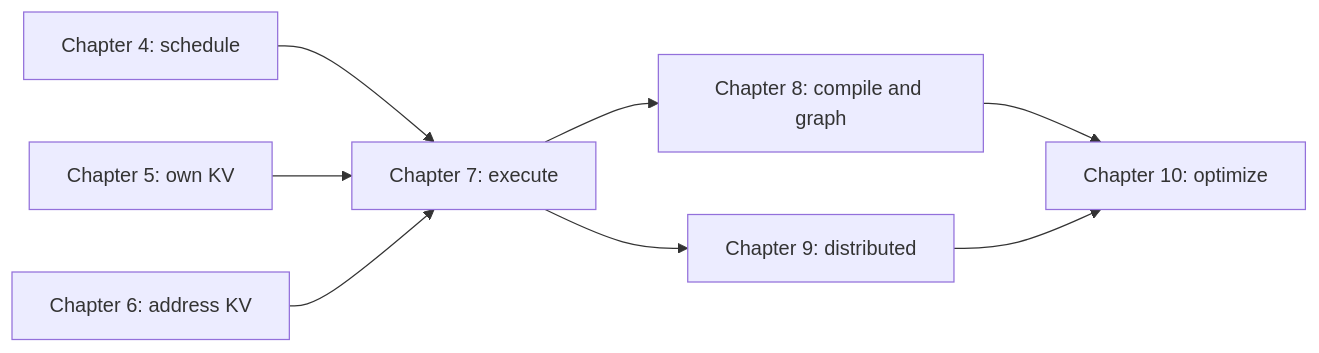
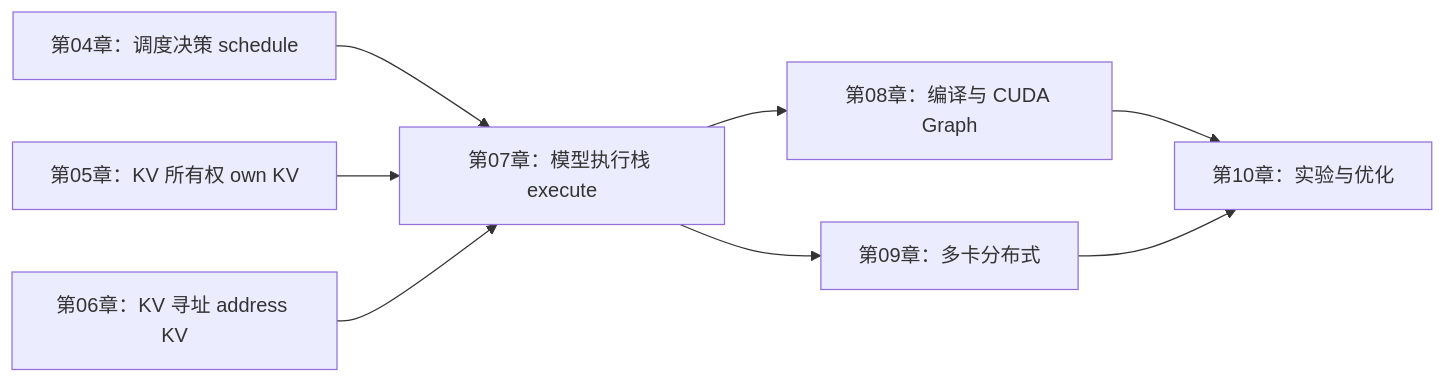
Before and after one commit to cluster1900/vllm_reader: diagram 41 of 41 in book/07-model-execution/README.md, drawn with Mermaid. The commit also changed other lines of this file and 9 other files, not shown here.

````diff
--- a/book/07-model-execution/README.md
+++ b/book/07-model-execution/README.md
@@ -1238,10 +1233,10 @@
 ```mermaid
 flowchart LR
-    C4["Chapter 4: schedule"] --> C7["Chapter 7: execute"]
-    C5["Chapter 5: own KV"] --> C7
-    C6["Chapter 6: address KV"] --> C7
-    C7 --> C8["Chapter 8: compile and graph"]
-    C7 --> C9["Chapter 9: distributed"]
-    C8 --> C10["Chapter 10: optimize"]
+    C4["第04章：调度决策 schedule"] --> C7["第07章：模型执行栈 execute"]
+    C5["第05章：KV 所有权 own KV"] --> C7
+    C6["第06章：KV 寻址 address KV"] --> C7
+    C7 --> C8["第08章：编译与 CUDA Graph"]
+    C7 --> C9["第09章：多卡分布式"]
+    C8 --> C10["第10章：实验与优化"]
     C9 --> C10
 ```
````
